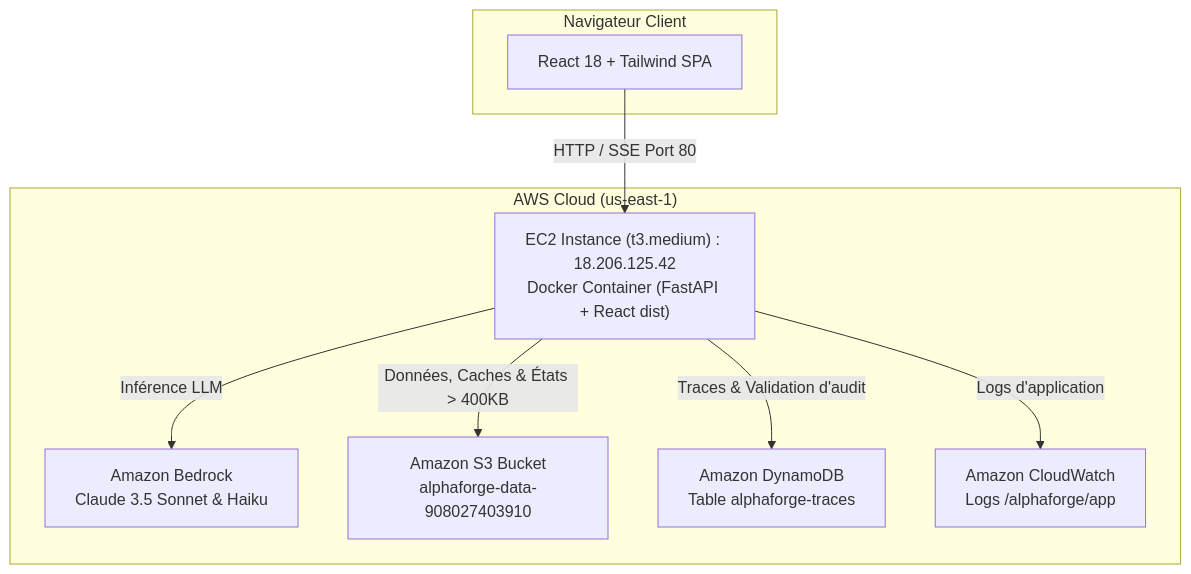
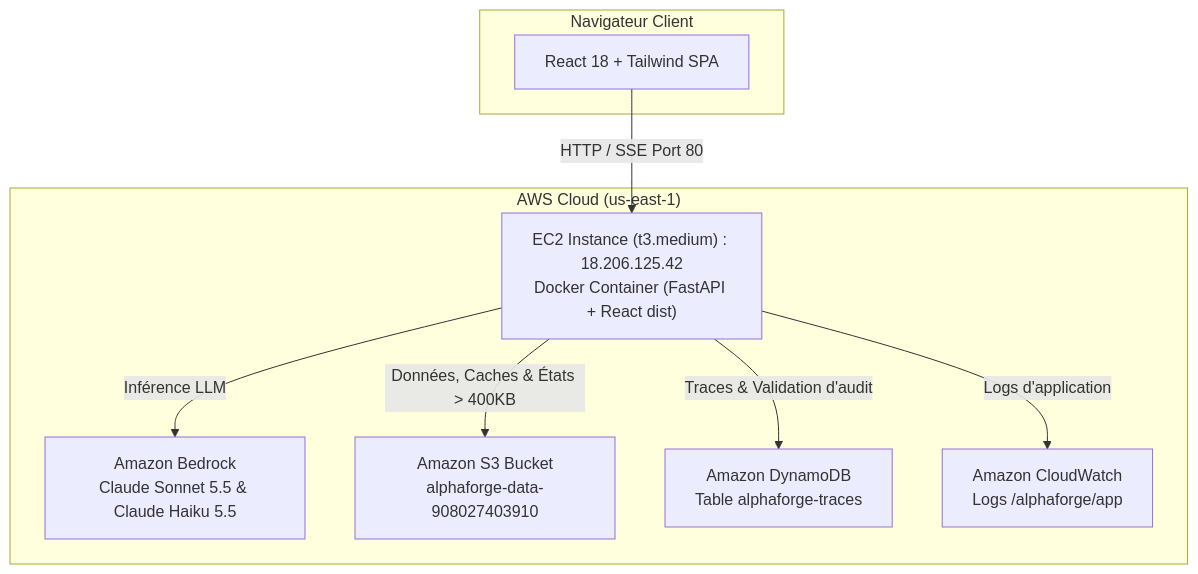
Before and after one commit to jolojo500/AlphaForge_AI: the third of 3 diagrams in docs/TECHNICAL.md, drawn with Mermaid. The commit also changed other lines of this file and 1 other file, not shown here.

````diff
--- a/docs/TECHNICAL.md
+++ b/docs/TECHNICAL.md
@@ -309,20 +309,20 @@
 ```mermaid
 flowchart TD
     subgraph Client["Navigateur Client"]
         UI[React 18 + Tailwind SPA]
     end
 
     subgraph AWS["AWS Cloud (us-east-1)"]
         EC2["EC2 Instance (t3.medium) : 18.206.125.42<br/>Docker Container (FastAPI + React dist)"]
-        BEDROCK["Amazon Bedrock<br/>Claude 3.5 Sonnet & Haiku"]
+        BEDROCK["Amazon Bedrock<br/>Claude Sonnet 5.5 & Claude Haiku 5.5"]
         S3["Amazon S3 Bucket<br/>alphaforge-data-908027403910"]
         DDB["Amazon DynamoDB<br/>Table alphaforge-traces"]
         CW["Amazon CloudWatch<br/>Logs /alphaforge/app"]
     end
 
     UI -->|HTTP / SSE Port 80| EC2
     EC2 -->|Inférence LLM| BEDROCK
     EC2 -->|Données, Caches & États > 400KB| S3
     EC2 -->|Traces & Validation d'audit| DDB
     EC2 -->|Logs d'application| CW
 ```
````
